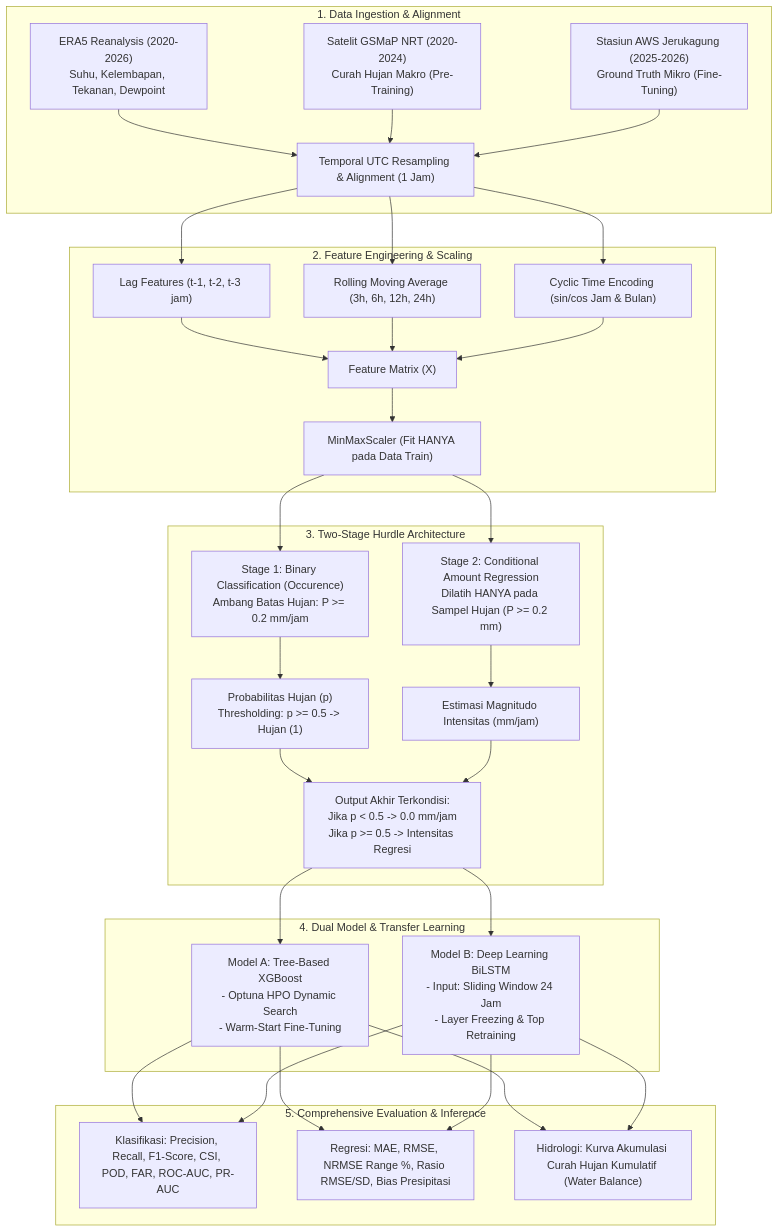
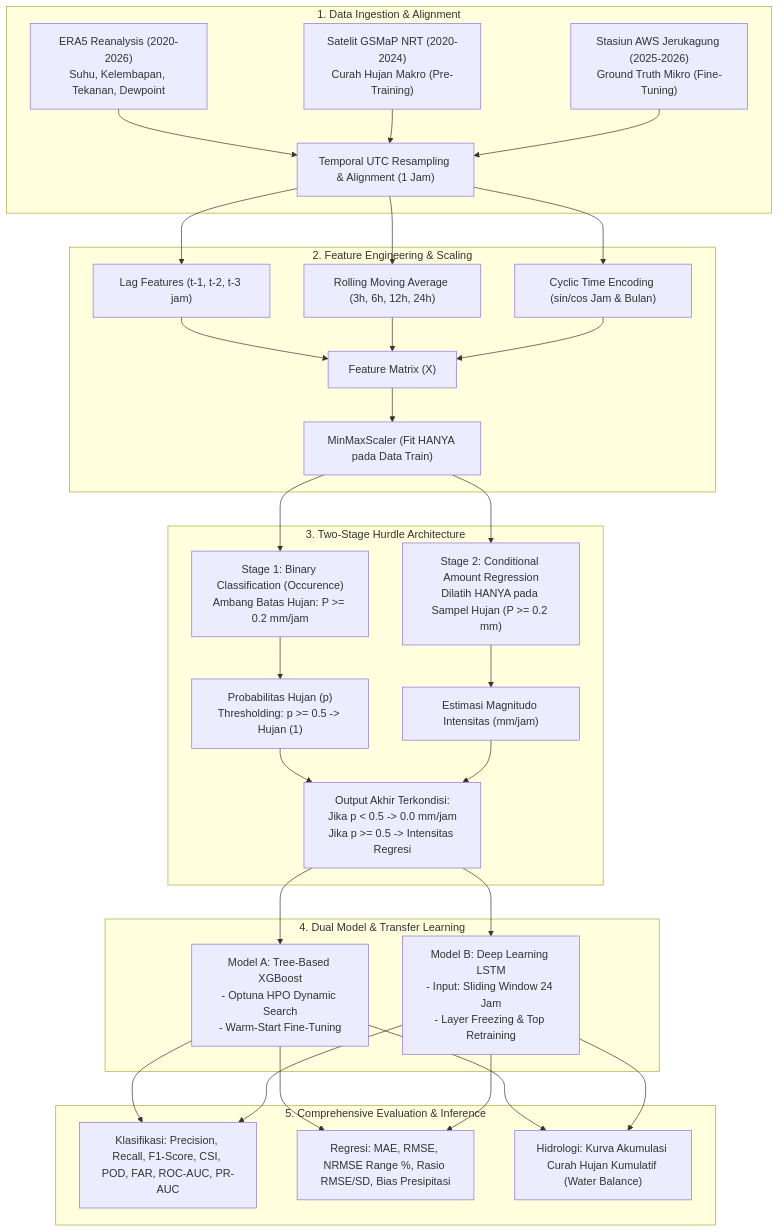
Before and after one commit to widhyatma/Prediksi-Curah-Hujan-Jangka-Pendek-Jerukagung: the first of 4 diagrams in pipeline.md, drawn with Mermaid. The commit also changed 4 other files, not shown here.

Commit message:
docs: clarify and standardize model naming to pure LSTM (stacked unidirectional)

````diff
--- a/pipeline.md
+++ b/pipeline.md
@@ -11,38 +11,38 @@
 ```mermaid
 flowchart TD
     subgraph S1["1. Data Ingestion & Alignment"]
         A1["ERA5 Reanalysis (2020-2026)\nSuhu, Kelembapan, Tekanan, Dewpoint"]
         A2["Satelit GSMaP NRT (2020-2024)\nCurah Hujan Makro (Pre-Training)"]
         A3["Stasiun AWS Jerukagung (2025-2026)\nGround Truth Mikro (Fine-Tuning)"]
         A1 --> B1["Temporal UTC Resampling & Alignment (1 Jam)"]
         A2 --> B1
         A3 --> B1
     end
 
     subgraph S2["2. Feature Engineering & Scaling"]
         B1 --> C1["Lag Features (t-1, t-2, t-3 jam)"]
         B1 --> C2["Rolling Moving Average (3h, 6h, 12h, 24h)"]
         B1 --> C3["Cyclic Time Encoding (sin/cos Jam & Bulan)"]
         C1 & C2 & C3 --> C4["Feature Matrix (X)"]
         C4 --> C5["MinMaxScaler (Fit HANYA pada Data Train)"]
     end
 
     subgraph S3["3. Two-Stage Hurdle Architecture"]
         C5 --> D1["Stage 1: Binary Classification (Occurence)\nAmbang Batas Hujan: P >= 0.2 mm/jam"]
         C5 --> D2["Stage 2: Conditional Amount Regression\nDilatih HANYA pada Sampel Hujan (P >= 0.2 mm)"]
         D1 --> E1["Probabilitas Hujan (p)\nThresholding: p >= 0.5 -> Hujan (1)"]
         D2 --> E2["Estimasi Magnitudo Intensitas (mm/jam)"]
         E1 & E2 --> E3["Output Akhir Terkondisi:\nJika p < 0.5 -> 0.0 mm/jam\nJika p >= 0.5 -> Intensitas Regresi"]
     end
 
     subgraph S4["4. Dual Model & Transfer Learning"]
         E3 --> F1["Model A: Tree-Based XGBoost\n- Optuna HPO Dynamic Search\n- Warm-Start Fine-Tuning"]
-        E3 --> F2["Model B: Deep Learning BiLSTM\n- Input: Sliding Window 24 Jam\n- Layer Freezing & Top Retraining"]
+        E3 --> F2["Model B: Deep Learning LSTM\n- Input: Sliding Window 24 Jam\n- Layer Freezing & Top Retraining"]
     end
 
     subgraph S5["5. Comprehensive Evaluation & Inference"]
         F1 & F2 --> G1["Klasifikasi: Precision, Recall, F1-Score, CSI, POD, FAR, ROC-AUC, PR-AUC"]
         F1 & F2 --> G2["Regresi: MAE, RMSE, NRMSE Range %, Rasio RMSE/SD, Bias Presipitasi"]
         F1 & F2 --> G3["Hidrologi: Kurva Akumulasi Curah Hujan Kumulatif (Water Balance)"]
     end
 ```
````
